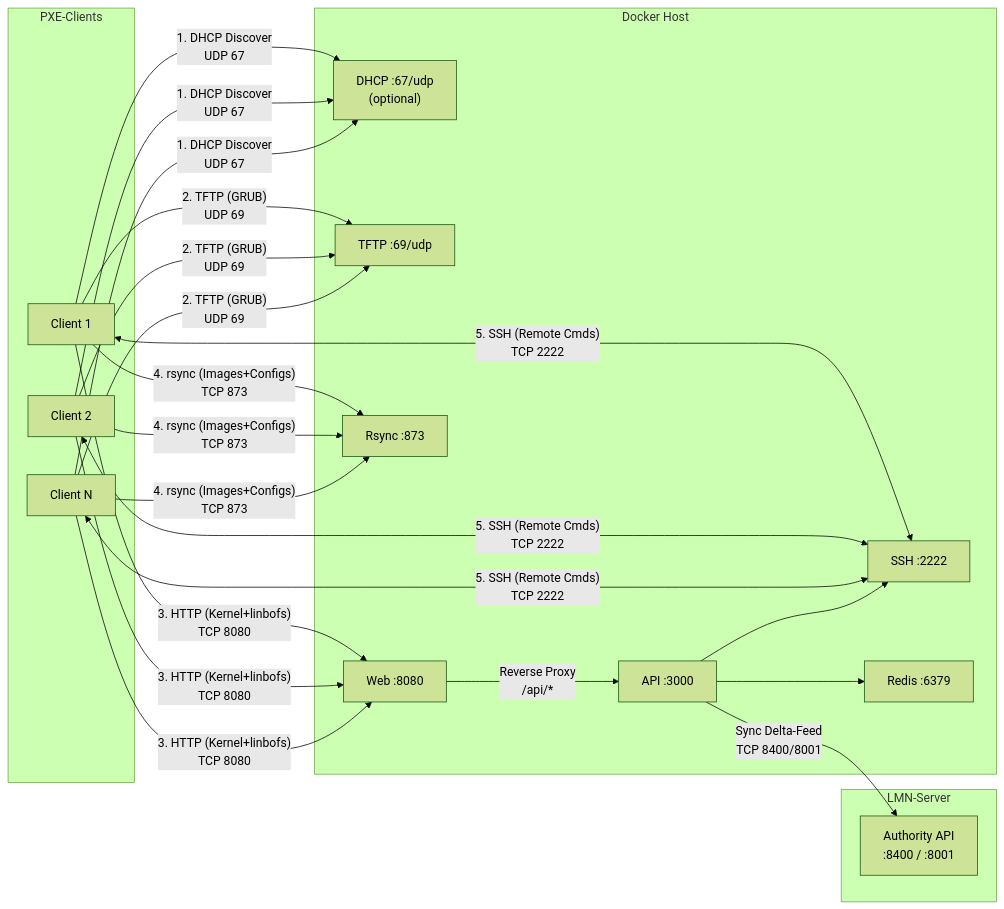
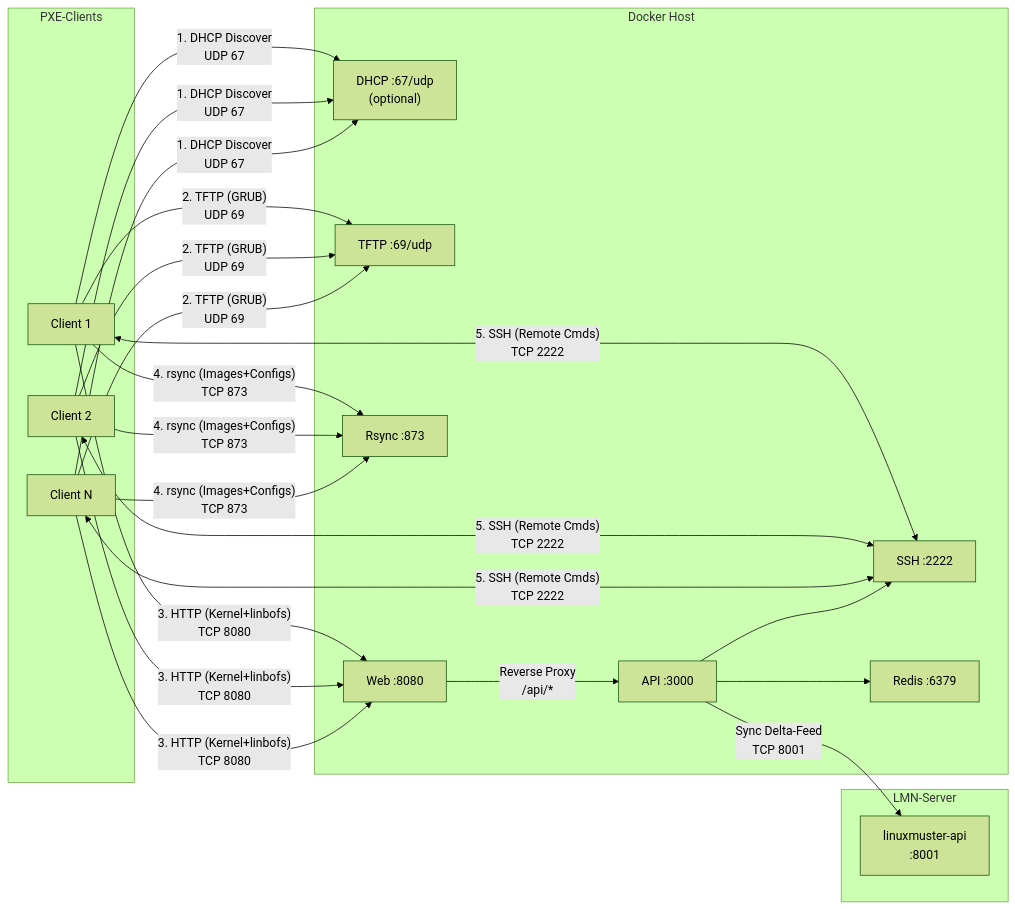
Before and after one commit to amolani/linbo-plugin: the second of 2 diagrams in docs/ADMIN-GUIDE.md, drawn with Mermaid (forest theme). The commit also changed other lines of this file and 23 other files, not shown here.

First line of the commit message:
refactor: remove all legacy Authority API (port 8400) references

````diff
--- a/docs/ADMIN-GUIDE.md
+++ b/docs/ADMIN-GUIDE.md
@@ -157,33 +157,33 @@
 ```mermaid
 graph LR
     subgraph Clients["PXE-Clients"]
         C1["Client 1"]
         C2["Client 2"]
         CN["Client N"]
     end
 
     subgraph Docker["Docker Host"]
         DHCP["DHCP :67/udp<br/>(optional)"]
         TFTP["TFTP :69/udp"]
         WEB["Web :8080"]
         RSYNC["Rsync :873"]
         SSH["SSH :2222"]
         API["API :3000"]
         CACHE["Redis :6379"]
     end
 
     subgraph LMN["LMN-Server"]
-        AUTH["Authority API<br/>:8400 / :8001"]
+        AUTH["linuxmuster-api<br/>:8001"]
     end
 
     C1 & C2 & CN -->|"1. DHCP Discover<br/>UDP 67"| DHCP
     C1 & C2 & CN -->|"2. TFTP (GRUB)<br/>UDP 69"| TFTP
     C1 & C2 & CN -->|"3. HTTP (Kernel+linbofs)<br/>TCP 8080"| WEB
     C1 & C2 & CN -->|"4. rsync (Images+Configs)<br/>TCP 873"| RSYNC
     C1 & C2 & CN <-->|"5. SSH (Remote Cmds)<br/>TCP 2222"| SSH
 
-    API -->|"Sync Delta-Feed<br/>TCP 8400/8001"| AUTH
+    API -->|"Sync Delta-Feed<br/>TCP 8001"| AUTH
     API --> CACHE
     API --> SSH
     WEB -->|"Reverse Proxy<br/>/api/*"| API
 ```
````
